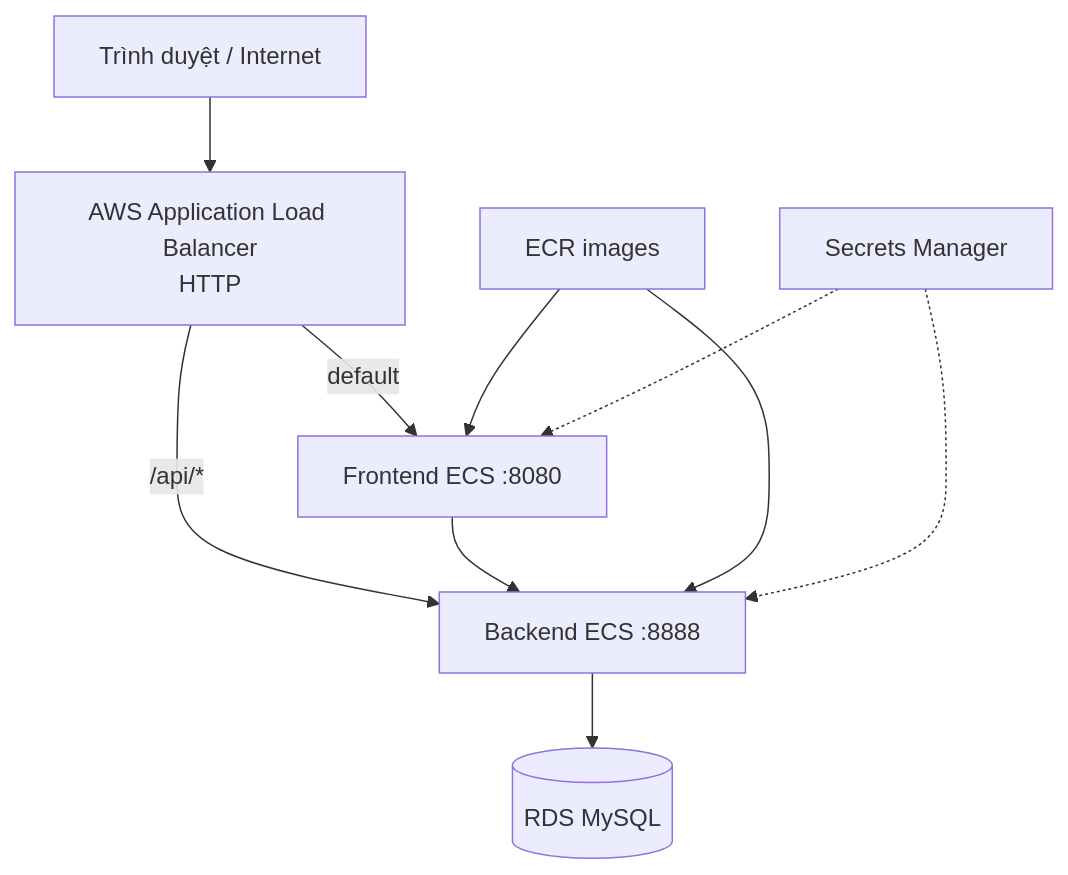
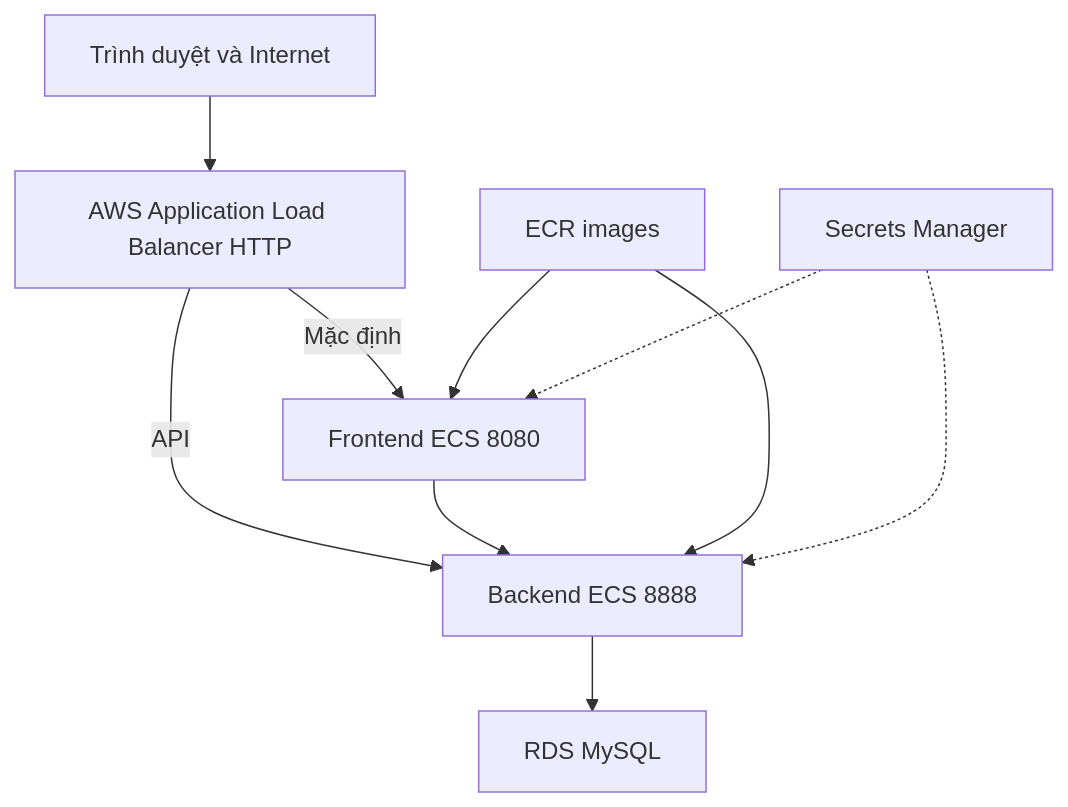
Before and after one commit to tuanhai-se/fcj-report: the diagram in content/5-Workshop/5.1-Workshop-overview/_index.vi.md, drawn with Mermaid. The commit also changed other lines of this file and 21 other files, not shown here.

````diff
--- a/content/5-Workshop/5.1-Workshop-overview/_index.vi.md
+++ b/content/5-Workshop/5.1-Workshop-overview/_index.vi.md
@@ -14,12 +14,12 @@
 ```mermaid
-flowchart TB
-    Internet["Trình duyệt / Internet"] --> ALB["AWS Application Load Balancer\nHTTP"]
-    ALB -->|"default"| FE["Frontend ECS :8080"]
-    ALB -->|"/api/*"| BE["Backend ECS :8888"]
+graph TB
+    Internet["Trình duyệt và Internet"] --> ALB["AWS Application Load Balancer HTTP"]
+    ALB -->|"Mặc định"| FE["Frontend ECS 8080"]
+    ALB -->|"API"| BE["Backend ECS 8888"]
     FE --> BE
-    BE --> DB[("RDS MySQL")]
+    BE --> DB["RDS MySQL"]
     ECR["ECR images"] --> FE
     ECR --> BE
     SM["Secrets Manager"] -.-> FE
     SM -.-> BE
 ```
````
